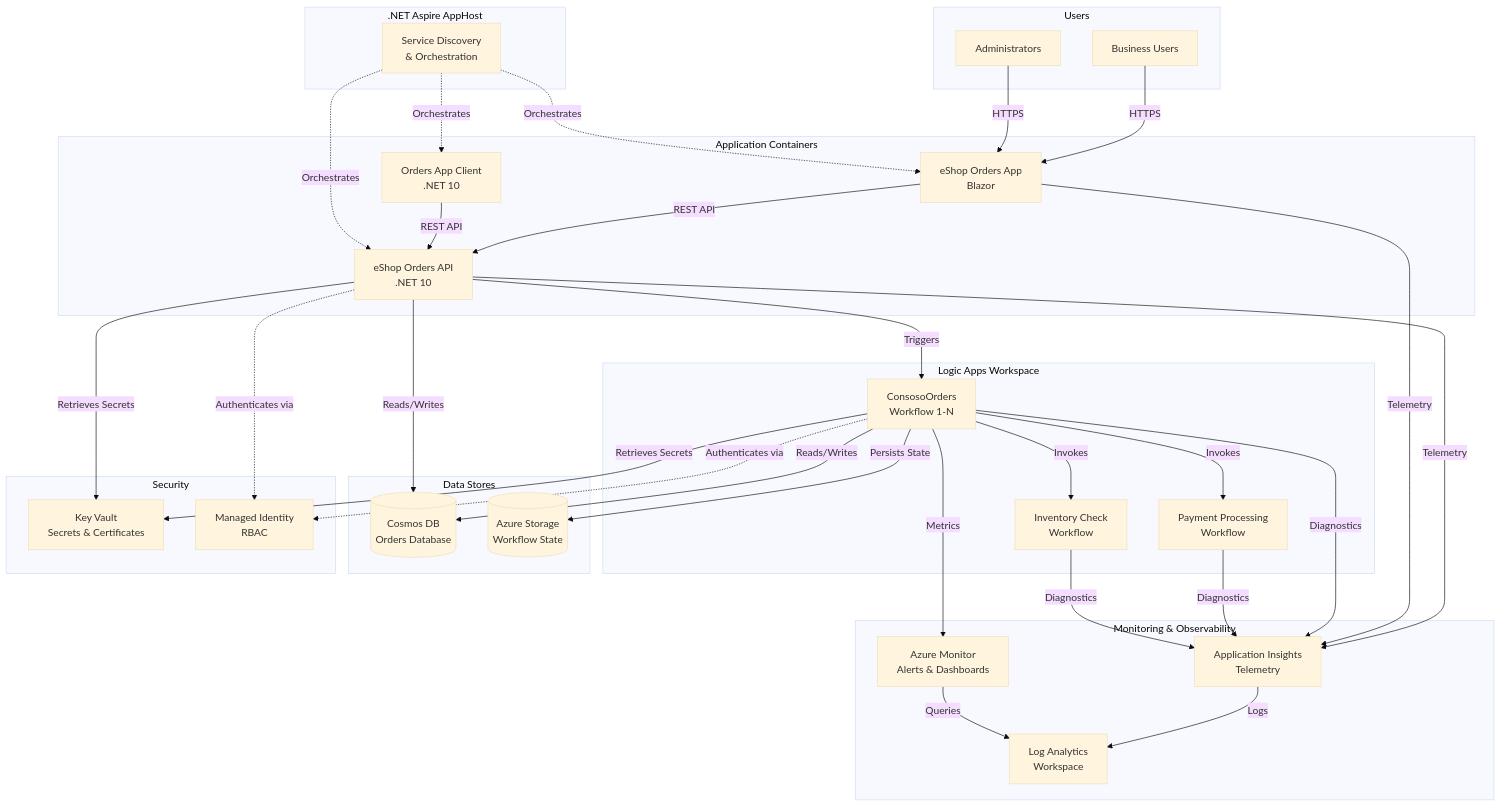
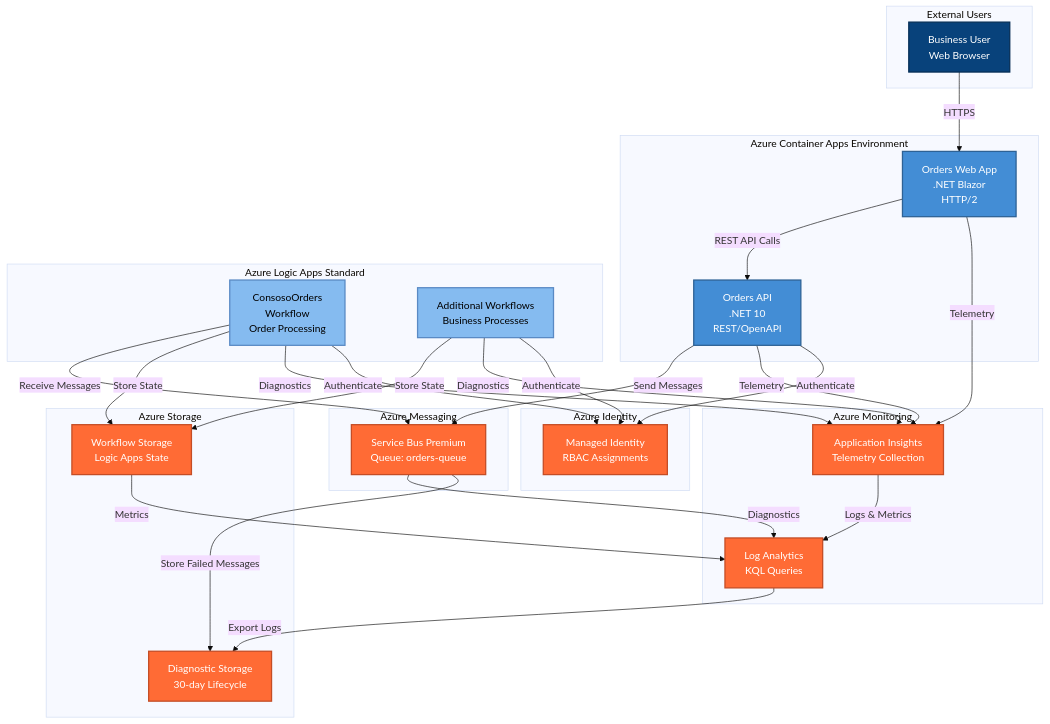
Before and after one commit to Evilazaro/Azure-LogicApps-Monitoring: the second of 3 diagrams in README.md, drawn with Mermaid (base theme). The commit also changed other lines of this file, not shown here.

Commit message:
docs: update README for improved clarity and structure, enhancing project overview and key features

````diff
--- a/README.md
+++ b/README.md
@@ -163,71 +170,62 @@
 ```mermaid
 graph TB
-    subgraph "Users"
-        U1[Business Users]
-        U2[Administrators]
+    subgraph "External Users"
+        USER[Business User<br/>Web Browser]:::person
     end
 
-    subgraph ".NET Aspire AppHost"
-        AH[Service Discovery<br/>& Orchestration]
+    subgraph "Azure Container Apps Environment"
+        WEBAPP[Orders Web App<br/>.NET Blazor<br/>HTTP/2]:::container
+        API[Orders API<br/>.NET 10<br/>REST/OpenAPI]:::container
     end
 
-    subgraph "Application Containers"
-        API[eShop Orders API<br/>.NET 10]
-        APP[eShop Orders App<br/>Blazor]
-        CLIENT[Orders App Client<br/>.NET 10]
+    subgraph "Azure Logic Apps Standard"
+        WF1[ConsosoOrders<br/>Workflow<br/>Order Processing]:::workflow
+        WF2[Additional Workflows<br/>Business Processes]:::workflow
     end
 
-    subgraph "Logic Apps Workspace"
-        LA1[ConsosoOrders<br/>Workflow 1-N]
-        LA2[Payment Processing<br/>Workflow]
-        LA3[Inventory Check<br/>Workflow]
+    subgraph "Azure Messaging"
+        SB[Service Bus Premium<br/>Queue: orders-queue]:::azure
     end
 
-    subgraph "Data Stores"
-        COSMOS[(Cosmos DB<br/>Orders Database)]
-        STORAGE[(Azure Storage<br/>Workflow State)]
+    subgraph "Azure Storage"
+        WFSA[Workflow Storage<br/>Logic Apps State]:::azure
+        LOGSA[Diagnostic Storage<br/>30-day Lifecycle]:::azure
     end
 
-    subgraph "Monitoring & Observability"
-        AI[Application Insights<br/>Telemetry]
-        LA_WS[Log Analytics<br/>Workspace]
-        MON[Azure Monitor<br/>Alerts & Dashboards]
+    subgraph "Azure Monitoring"
+        AI[Application Insights<br/>Telemetry Collection]:::azure
+        LAW[Log Analytics<br/>KQL Queries]:::azure
     end
 
-    subgraph "Security"
-        KV[Key Vault<br/>Secrets & Certificates]
-        MI[Managed Identity<br/>RBAC]
+    subgraph "Azure Identity"
+        MI[Managed Identity<br/>RBAC Assignments]:::azure
     end
 
-    U1 -->|HTTPS| APP
-    U2 -->|HTTPS| APP
-    APP -->|REST API| API
-    CLIENT -->|REST API| API
+    USER -->|HTTPS| WEBAPP
+    WEBAPP -->|REST API Calls| API
+    API -->|Send Messages| SB
+    WF1 -->|Receive Messages| SB
+    WF1 -->|Store State| WFSA
+    WF2 -->|Store State| WFSA
+    
+    WEBAPP -->|Telemetry| AI
+    API -->|Telemetry| AI
+    WF1 -->|Diagnostics| AI
+    WF2 -->|Diagnostics| AI
+    
+    AI -->|Logs & Metrics| LAW
+    SB -->|Diagnostics| LAW
+    WFSA -->|Metrics| LAW
+    
+    API -->|Authenticate| MI
+    WF1 -->|Authenticate| MI
+    WF2 -->|Authenticate| MI
+    
+    SB -->|Store Failed Messages| LOGSA
+    LAW -->|Export Logs| LOGSA
 
-    AH -.->|Orchestrates| API
-    AH -.->|Orchestrates| APP
-    AH -.->|Orchestrates| CLIENT
-
-    API -->|Triggers| LA1
-    LA1 -->|Invokes| LA2
-    LA1 -->|Invokes| LA3
-
-    API -->|Reads/Writes| COSMOS
-    LA1 -->|Reads/Writes| COSMOS
-    LA1 -->|Persists State| STORAGE
-
-    API -->|Telemetry| AI
-    APP -->|Telemetry| AI
-    LA1 -->|Diagnostics| AI
-    LA2 -->|Diagnostics| AI
-    LA3 -->|Diagnostics| AI
-
-    AI -->|Logs| LA_WS
-    LA1 -->|Metrics| MON
-    MON -->|Queries| LA_WS
-
-    API -->|Retrieves Secrets| KV
-    LA1 -->|Retrieves Secrets| KV
-    API -.->|Authenticates via| MI
-    LA1 -.->|Authenticates via| MI
+    classDef person fill:#08427b,stroke:#052e56,stroke-width:2px,color:#fff
+    classDef container fill:#438dd5,stroke:#2e6295,stroke-width:2px,color:#fff
+    classDef workflow fill:#85bbf0,stroke:#5a8ac4,stroke-width:2px,color:#000
+    classDef azure fill:#ff6b35,stroke:#c44d26,stroke-width:2px,color:#fff
 ```
````
